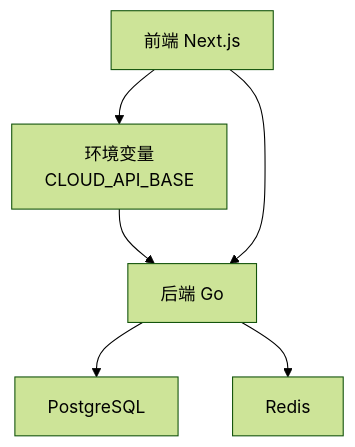
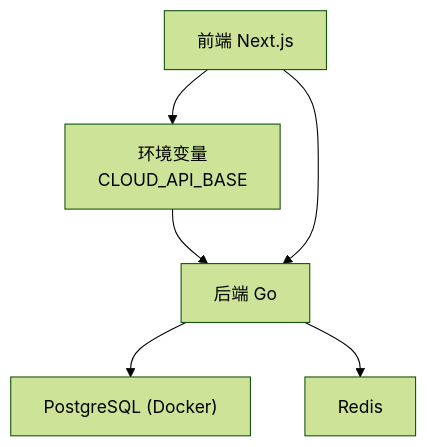
Before and after one commit to alvinwangzi/goodhr: the eighth of 8 diagrams in .qoder/repowiki/zh/content/开发指南/开发工作流程.md, drawn with Mermaid (forest theme). The commit also changed other lines of this file and 10 other files, not shown here.

````diff
--- a/.qoder/repowiki/zh/content/开发指南/开发工作流程.md
+++ b/.qoder/repowiki/zh/content/开发指南/开发工作流程.md
@@ -214,8 +258,8 @@
 ```mermaid
 graph TB
 FE["前端 Next.js"] --> ENV["环境变量<br/>CLOUD_API_BASE"]
 ENV --> BE["后端 Go"]
-BE --> PG["PostgreSQL"]
+BE --> PG["PostgreSQL (Docker)"]
 BE --> RD["Redis"]
 FE --> BE
 ```
````
